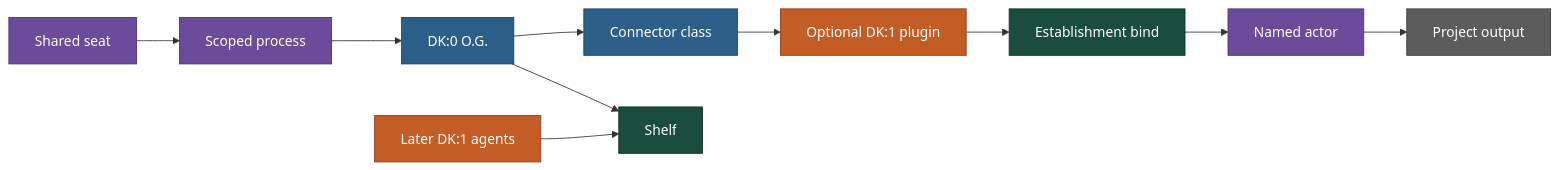
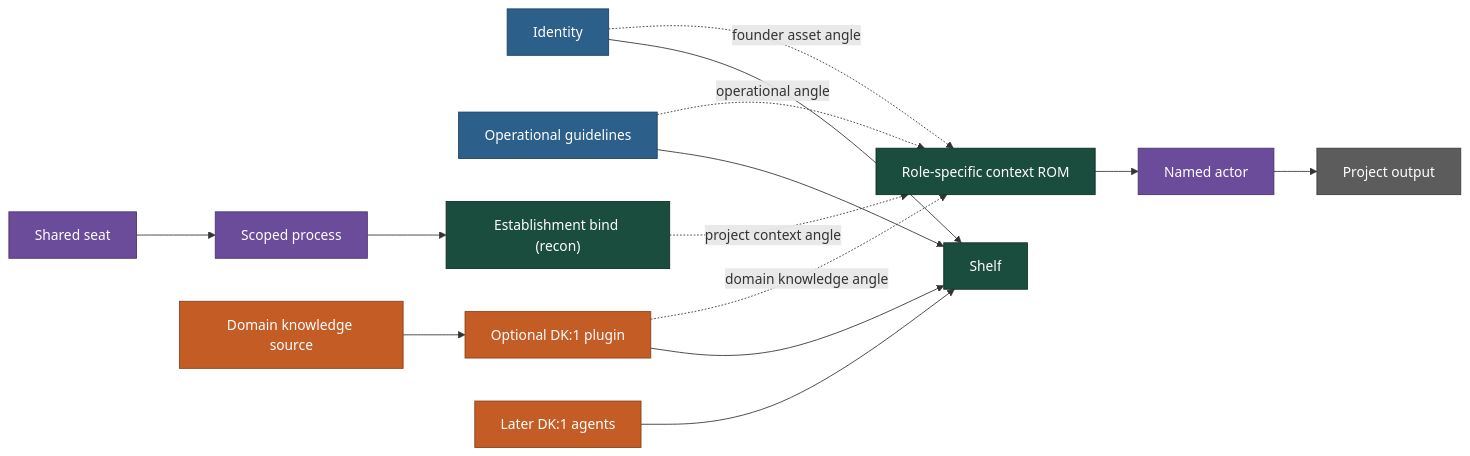
Before and after one commit to blautown/HQ: the third of 3 diagrams in map.md, drawn with Mermaid. The commit also changed other lines of this file and 25 other files, not shown here.

````diff
--- a/map.md
+++ b/map.md
@@ -66,23 +200,33 @@
 ```mermaid
 flowchart LR
   classDef you fill:#1B4D3E,stroke:#0F2E25,color:#FFFFFF
   classDef ndis fill:#C45C26,stroke:#8A3E18,color:#FFFFFF
   classDef dk0 fill:#2C5F8A,stroke:#1D4060,color:#FFFFFF
   classDef grey fill:#5C5C5C,stroke:#3D3D3D,color:#FFFFFF
   classDef factory fill:#6B4C9A,stroke:#4A346C,color:#FFFFFF
 
   seat["Shared seat"]:::factory
   process["Scoped process"]:::factory
-  og0["DK:0 O.G."]:::dk0
-  conn["Connector class"]:::dk0
+  identity["Identity"]:::dk0
+  guidelines["Operational guidelines"]:::dk0
+  domain["Domain knowledge source"]:::ndis
   plug["Optional DK:1 plugin"]:::ndis
-  estab["Establishment bind"]:::you
+  estab["Establishment bind (recon)"]:::you
+  rom["Role-specific context ROM"]:::you
   actor["Named actor"]:::factory
   dump["Project output"]:::grey
   shelf["Shelf"]:::you
   later["Later DK:1 agents"]:::ndis
 
-  seat --> process --> og0 --> conn --> plug --> estab --> actor --> dump
-  og0 --> shelf
+  seat --> process --> estab
+  identity -.founder asset angle.-> rom
+  guidelines -.operational angle.-> rom
+  domain --> plug
+  plug -.domain knowledge angle.-> rom
+  estab -.project context angle.-> rom
+  rom --> actor --> dump
+  identity --> shelf
+  guidelines --> shelf
+  plug --> shelf
   later --> shelf
 ```
````
